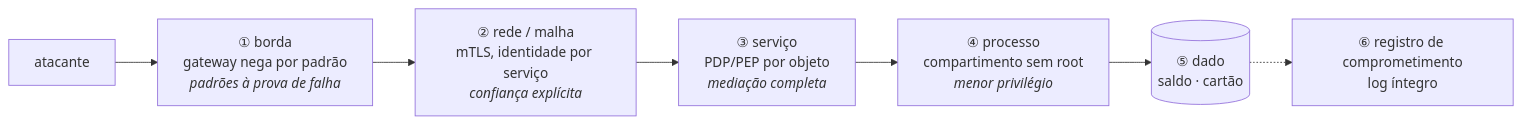
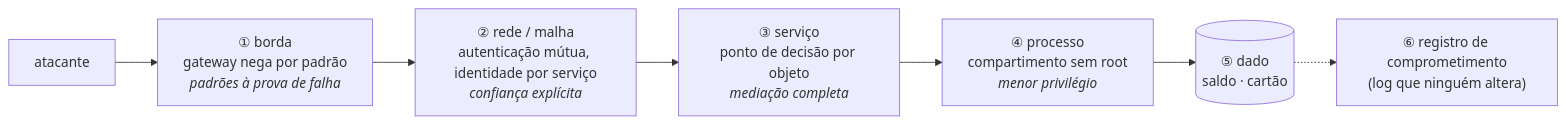
The diagram in 03-principios-de-arquitetura-segura/dissertacao-modelo.md (CosmIA-Lab/LAB-SDLC-IA-SEC), drawn with Mermaid before and after one commit. The commit also changed 8 other files, not shown here.

````diff
--- a/03-principios-de-arquitetura-segura/dissertacao-modelo.md
+++ b/03-principios-de-arquitetura-segura/dissertacao-modelo.md
@@ -40,5 +40,5 @@
 ```mermaid
 flowchart LR
-    AT["atacante"] --> A1["① borda<br/>gateway nega por padrão<br/><i>padrões à prova de falha</i>"] --> A2["② rede / malha<br/>mTLS, identidade por serviço<br/><i>confiança explícita</i>"] --> A3["③ serviço<br/>PDP/PEP por objeto<br/><i>mediação completa</i>"] --> A4["④ processo<br/>compartimento sem root<br/><i>menor privilégio</i>"] --> D[("⑤ dado<br/>saldo · cartão")]
-    D -.-> LOG["⑥ registro de comprometimento<br/>log íntegro"]
+    AT["atacante"] --> A1["① borda<br/>gateway nega por padrão<br/><i>padrões à prova de falha</i>"] --> A2["② rede / malha<br/>autenticação mútua, identidade por serviço<br/><i>confiança explícita</i>"] --> A3["③ serviço<br/>ponto de decisão por objeto<br/><i>mediação completa</i>"] --> A4["④ processo<br/>compartimento sem root<br/><i>menor privilégio</i>"] --> D[("⑤ dado<br/>saldo · cartão")]
+    D -.-> LOG["⑥ registro de comprometimento<br/>(log que ninguém altera)"]
 ```
````
